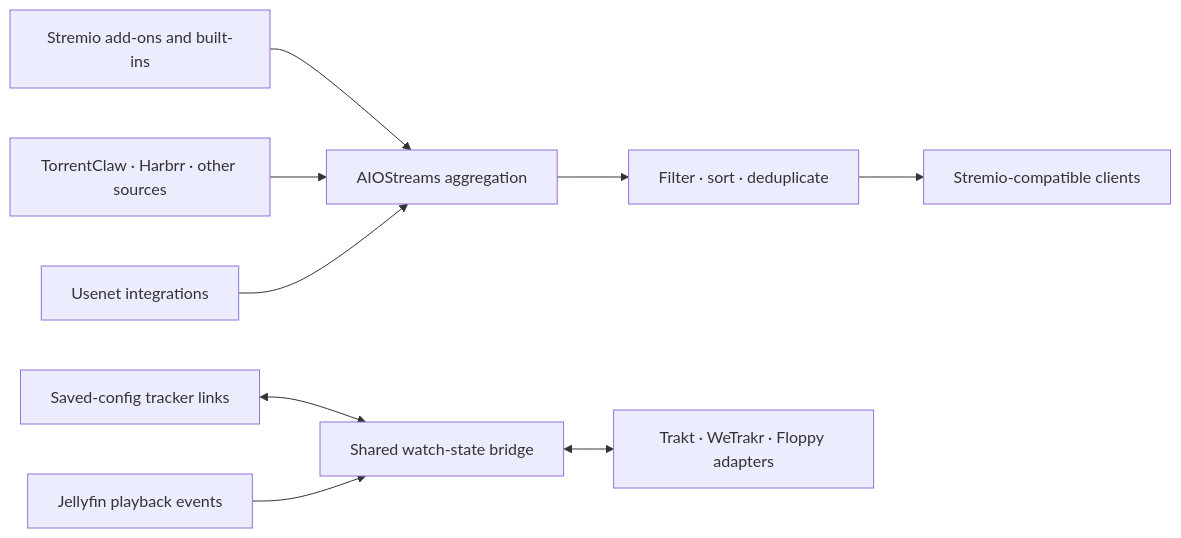
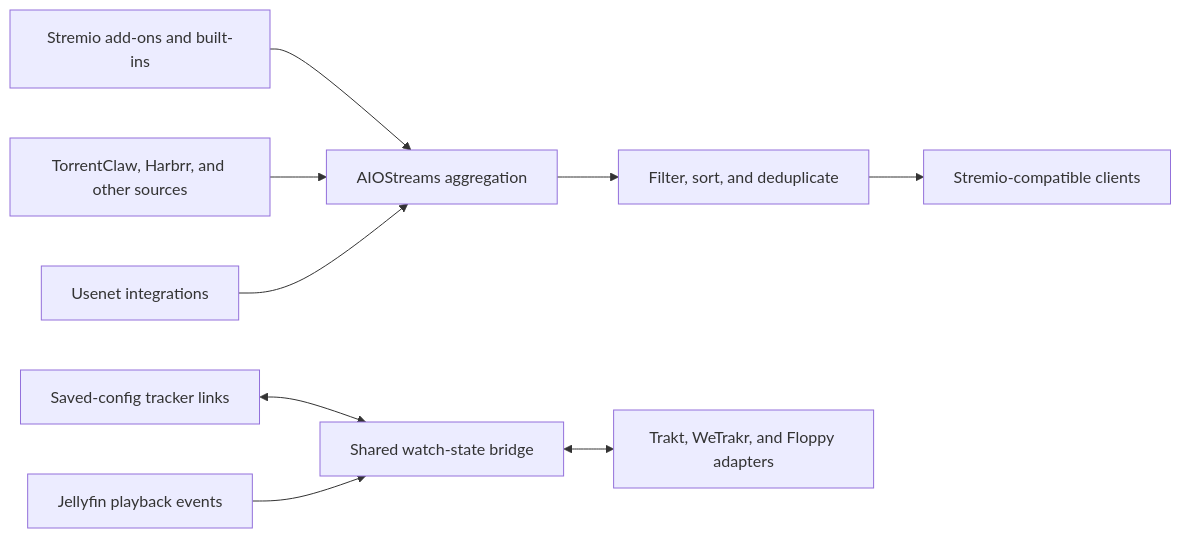
The first of 3 diagrams in README.md (Cxsmo-ai/AIOStreams), drawn with Mermaid before and after one commit. The commit also changed other lines of this file and 3 other files, not shown here.

Commit message:
docs: clarify fork branding and stabilize diagrams

````diff
--- a/README.md
+++ b/README.md
@@ -53,11 +53,11 @@
 ```mermaid
 flowchart LR
-  A[Stremio add-ons and built-ins] --> B[AIOStreams aggregation]
-  B --> C[Filter · sort · deduplicate]
-  C --> D[Stremio-compatible clients]
-  E[TorrentClaw · Harbrr · other sources] --> B
-  F[Usenet integrations] --> B
-  G[Saved-config tracker links] <--> H[Shared watch-state bridge]
-  I[Jellyfin playback events] --> H
-  H <--> J[Trakt · WeTrakr · Floppy adapters]
+  addons["Stremio add-ons and built-ins"] --> aggregate["AIOStreams aggregation"]
+  aggregate --> pipeline["Filter, sort, and deduplicate"]
+  pipeline --> clients["Stremio-compatible clients"]
+  sources["TorrentClaw, Harbrr, and other sources"] --> aggregate
+  usenet["Usenet integrations"] --> aggregate
+  trackerLinks["Saved-config tracker links"] <--> bridge["Shared watch-state bridge"]
+  jellyfin["Jellyfin playback events"] --> bridge
+  bridge <--> providers["Trakt, WeTrakr, and Floppy adapters"]
 ```
````
